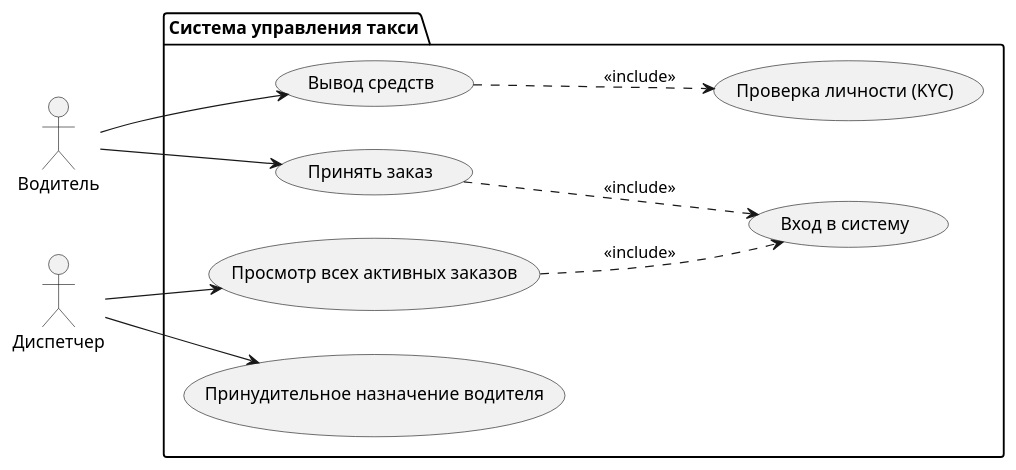
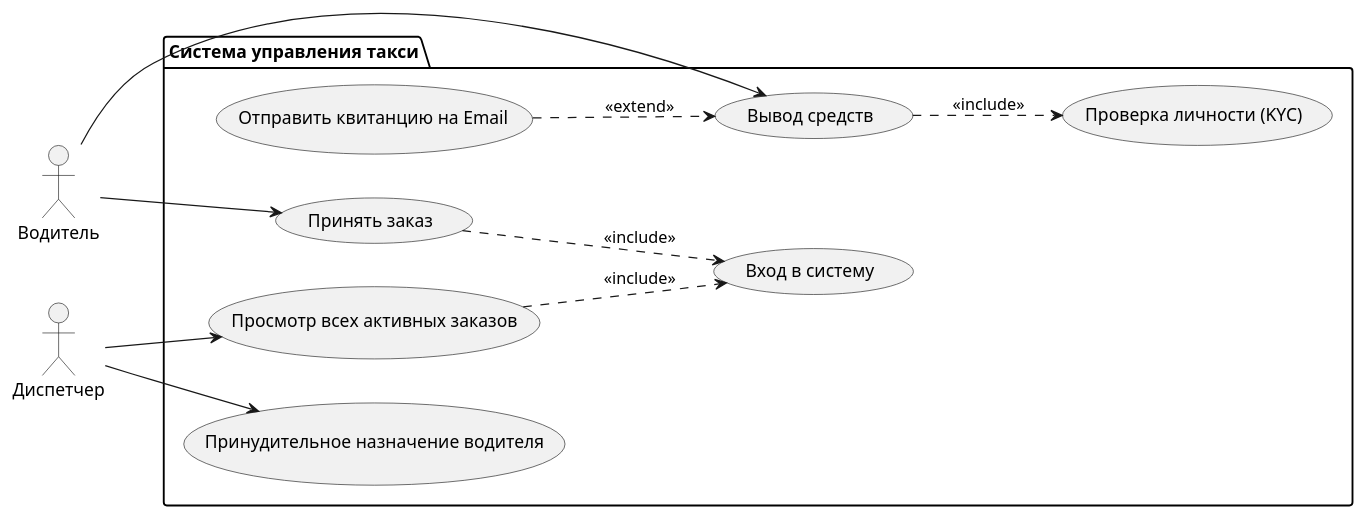
Before and after one commit to alenalapush/uml: the diagram in practice3.puml, drawn with PlantUML.

Commit message:
feature(UML):диаграмма USEr CASE  дораб a-004-3

```diff
--- a/practice3.puml
+++ b/practice3.puml
@@ -1,39 +1,42 @@
 @startuml
 ' Располагаем элементы слева направо для удобства
 left to right direction
 
 ' --- Определение Акторов ---
 actor "Водитель" as Drv
 actor "Диспетчер" as Disp
 
 ' --- Граница системы ---
 package "Система управления такси" {
     ' Общие функции
     usecase "Вход в систему" as UC_Login
     
     ' Функции водителя
     usecase "Принять заказ" as UC_Accept
     usecase "Вывод средств" as UC_Withdraw
     usecase "Проверка личности (KYC)" as UC_KYC
+    usecase "Отправить квитанцию на Email" as UC_Email
     
     ' Функции диспетчера
     usecase "Просмотр всех активных заказов" as UC_ViewOrders
     usecase "Принудительное назначение водителя" as UC_AssignDriver
 }
 
 ' --- Связи Водителя ---
 Drv --> UC_Accept
 Drv --> UC_Withdraw
 
-' Связи включения (include)
+' Связи включения (include) - выполняются ВСЕГДА
 UC_Withdraw ..> UC_KYC : <<include>>
 UC_Accept ..> UC_Login : <<include>>
+
+' Связь расширения (extend) - выполняется ОПЦИОНАЛЬНО
+' Стрелка идет ОТ дополнительной функции К основной
+UC_Email ..> UC_Withdraw : <<extend>>
 
 ' --- Связи Диспетчера ---
 Disp --> UC_ViewOrders
 Disp --> UC_AssignDriver
-
-' Диспетчер тоже должен войти в систему для просмотра заказов
 UC_ViewOrders ..> UC_Login : <<include>>
 
 @enduml
```
